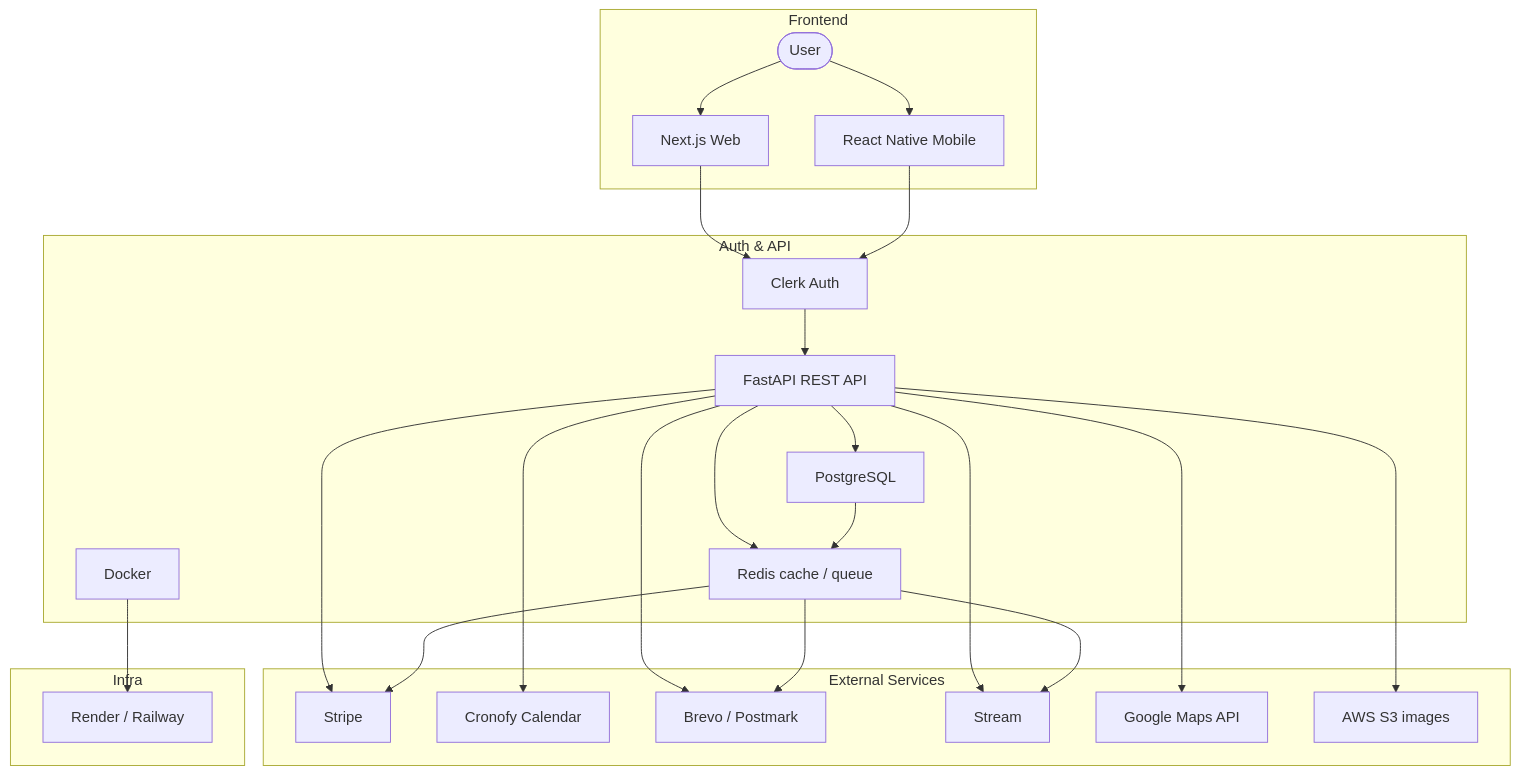
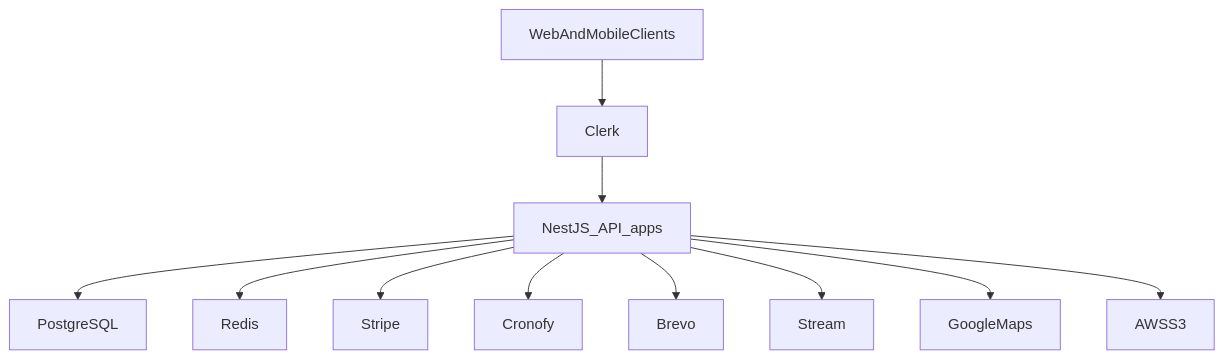
Before and after one commit to LabsFood/LF-BackEnd: the diagram in stack.md, drawn with Mermaid. The commit also changed other lines of this file and 158 other files, not shown here.

````diff
--- a/stack.md
+++ b/stack.md
@@ -64,55 +48,25 @@
-``` mermaid
-graph TD
-    subgraph Frontend
-        A([User])
-        B[Next.js Web]
-        C[React Native Mobile]
-    end
+```mermaid
+flowchart TD
+    clients[WebAndMobileClients]
+    clerk[Clerk]
+    api[NestJS_API_apps]
+    pg[PostgreSQL]
+    redis[Redis]
+    stripe[Stripe]
+    cronofy[Cronofy]
+    brevo[Brevo]
+    stream[Stream]
+    maps[GoogleMaps]
+    s3[AWSS3]
 
-    subgraph Auth & API
-        D[Clerk Auth]
-        E[FastAPI REST API]
-        F[Docker]
-        G[Redis cache / queue]
-        H[PostgreSQL]
-    end
-
-    subgraph External Services
-        I[Stripe]
-        J[Cronofy Calendar]
-        K[Brevo / Postmark]
-        L[Stream]
-        M[Google Maps API]
-        N[AWS S3 images]
-    end
-
-    subgraph Infra
-        O[Render / Railway]
-    end
-
-    %% Flow
-    A --> B
-    A --> C
-    B --> D
-    C --> D
-    D --> E
-
-    E --> H
-    E --> G
-
-    E --> I
-    E --> J
-    E --> K
-    E --> L
-    E --> M
-    E --> N
-
-    G --> K
-    G --> L
-    G --> I
-
-    H --> G
-
-    F --> O
-
+    clients --> clerk
+    clerk --> api
+    api --> pg
+    api --> redis
+    api --> stripe
+    api --> cronofy
+    api --> brevo
+    api --> stream
+    api --> maps
+    api --> s3
 ```
````
